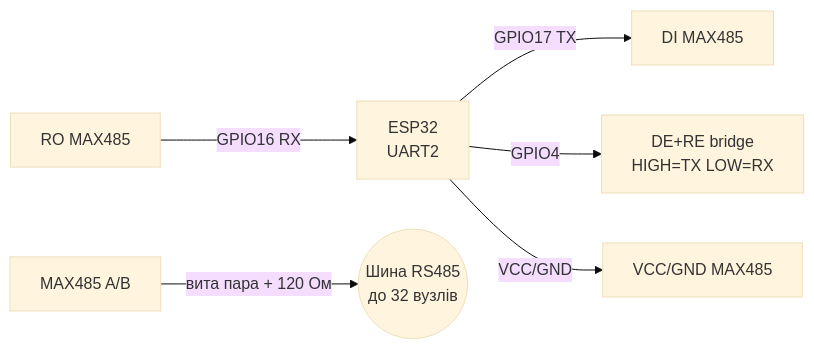
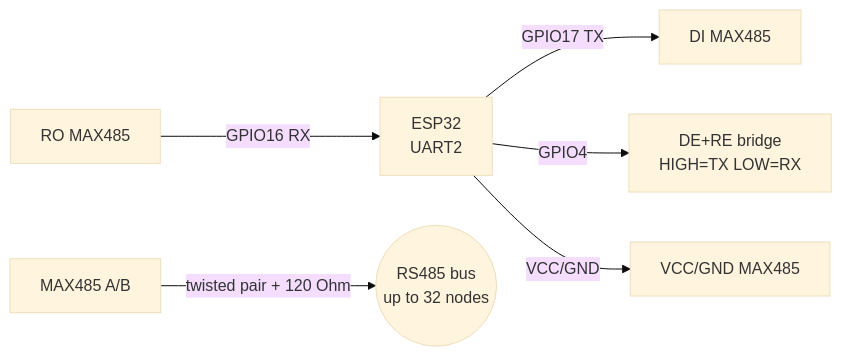
One commit to ksalab/embedded-reference changed the first of 4 diagrams in obsidian_vault/ESP32-Reference/EN/12-Comm-Modules/04-RS485-CAN-Ethernet-Kamera.en.md. Above: the diagram before and after it, drawn with Mermaid (base theme). The commit also changed other lines of this file and 76 other files, not shown here.

````diff
--- a/obsidian_vault/ESP32-Reference/EN/12-Comm-Modules/04-RS485-CAN-Ethernet-Kamera.en.md
+++ b/obsidian_vault/ESP32-Reference/EN/12-Comm-Modules/04-RS485-CAN-Ethernet-Kamera.en.md
@@ -74,8 +74,8 @@
 ```mermaid
 graph LR
     ESP32[ESP32<br/>UART2] -->|GPIO17 TX| DI[DI MAX485]
     RO[RO MAX485] -->|GPIO16 RX| ESP32
     ESP32 -->|GPIO4| DERE[DE+RE bridge<br/>HIGH=TX LOW=RX]
     ESP32 -->|VCC/GND| PWR[VCC/GND MAX485]
-    MAX[MAX485 A/B] -->|вита пара + 120 Ом| BUS((Шина RS485<br/>до 32 вузлів))
+    MAX[MAX485 A/B] -->|twisted pair + 120 Ohm| BUS((RS485 bus<br/>up to 32 nodes))
 ```
````
